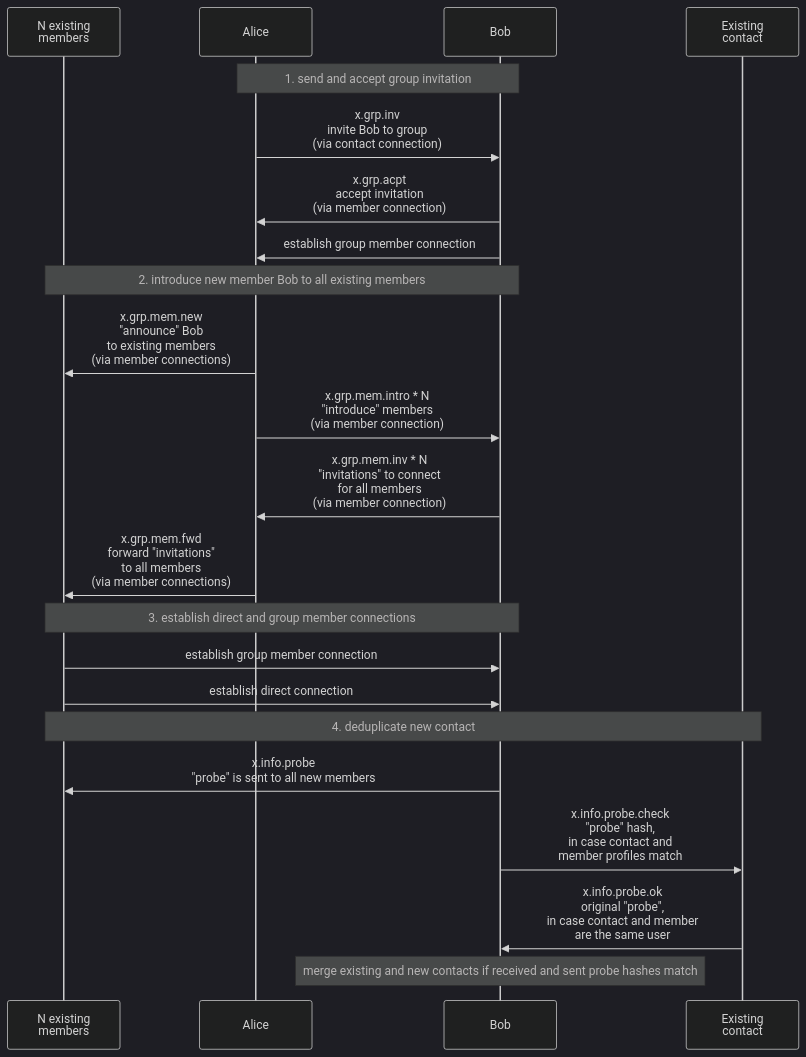
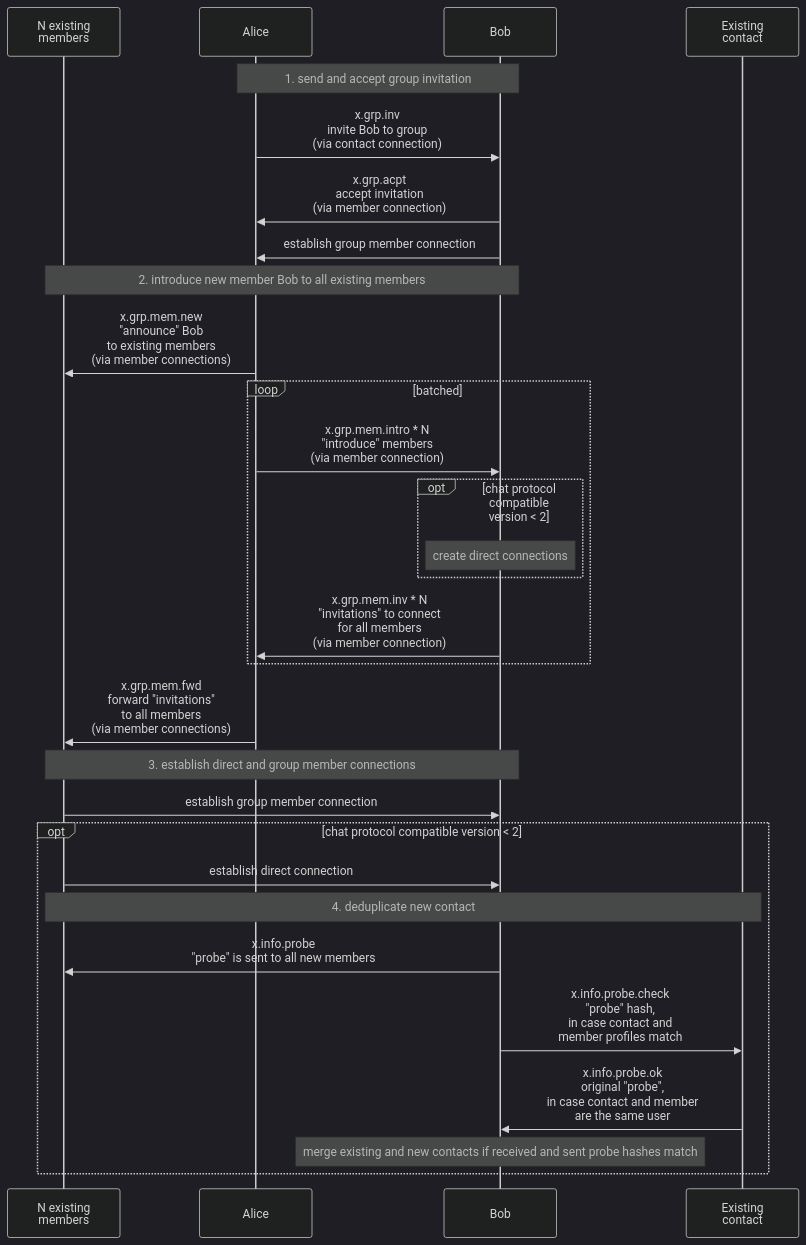
The diagram in docs/protocol/diagrams/group.mmd (simplex-chat/simplex-chat), drawn with Mermaid (dark theme) before and after one commit. The commit also changed 1 other file, not shown here.

Commit message:
update diagram

```diff
--- a/docs/protocol/diagrams/group.mmd
+++ b/docs/protocol/diagrams/group.mmd
@@ -1,26 +1,33 @@
 sequenceDiagram
   participant M as N existing<br>members
   participant A as Alice
   participant B as Bob
   participant C as Existing<br>contact
-  
+
   note over A, B: 1. send and accept group invitation
   A ->> B: x.grp.inv<br>invite Bob to group<br>(via contact connection)
   B ->> A: x.grp.acpt<br>accept invitation<br>(via member connection)
   B ->> A: establish group member connection
 
   note over M, B: 2. introduce new member Bob to all existing members
   A ->> M: x.grp.mem.new<br>"announce" Bob<br>to existing members<br>(via member connections)
-  A ->> B: x.grp.mem.intro * N<br>"introduce" members<br>(via member connection)
-  B ->> A: x.grp.mem.inv * N<br>"invitations" to connect<br>for all members<br>(via member connection)
+  loop batched
+    A ->> B: x.grp.mem.intro * N<br>"introduce" members<br>(via member connection)
+    opt chat protocol compatible version < 2
+      note over B: create direct connections
+    end
+    B ->> A: x.grp.mem.inv * N<br>"invitations" to connect<br>for all members<br>(via member connection)
+  end
   A ->> M: x.grp.mem.fwd<br>forward "invitations"<br>to all members<br>(via member connections)
 
   note over M, B: 3. establish direct and group member connections
   M ->> B: establish group member connection
-  M ->> B: establish direct connection
 
-  note over M, C: 4. deduplicate new contact
-  B ->> M: x.info.probe<br>"probe" is sent to all new members
-  B ->> C: x.info.probe.check<br>"probe" hash,<br>in case contact and<br>member profiles match
-  C ->> B: x.info.probe.ok<br> original "probe",<br> in case contact and member<br>are the same user
-  note over B: merge existing and new contacts if received and sent probe hashes match
+  opt chat protocol compatible version < 2
+    M ->> B: establish direct connection
+    note over M, C: 4. deduplicate new contact
+    B ->> M: x.info.probe<br>"probe" is sent to all new members
+    B ->> C: x.info.probe.check<br>"probe" hash,<br>in case contact and<br>member profiles match
+    C ->> B: x.info.probe.ok<br> original "probe",<br> in case contact and member<br>are the same user
+    note over B: merge existing and new contacts if received and sent probe hashes match
+  end
```
